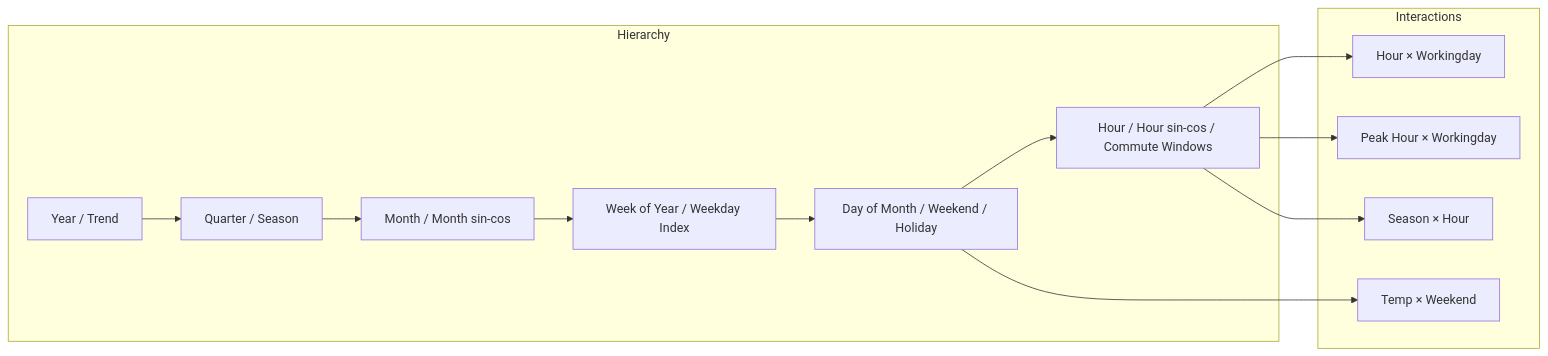
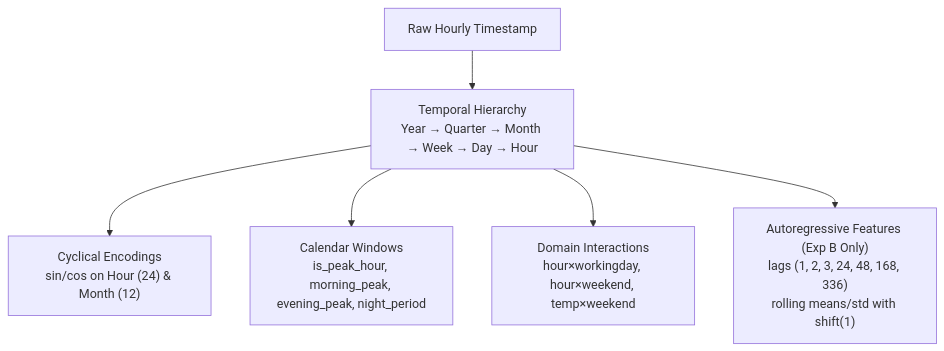
The fifth of 7 diagrams in README.md (aanshiomar31-oss/urban-bike-sharing), drawn with Mermaid before and after one commit. The commit also changed other lines of this file and 22 other files, not shown here.

````diff
--- a/README.md
+++ b/README.md
@@ -132,16 +303,8 @@
 ```mermaid
-flowchart LR
-    subgraph Hierarchy
-        Y[Year / Trend] --> Q[Quarter / Season]
-        Q --> M[Month / Month sin-cos]
-        M --> W[Week of Year / Weekday Index]
-        W --> D[Day of Month / Weekend / Holiday]
-        D --> H[Hour / Hour sin-cos / Commute Windows]
-    end
-    subgraph Interactions
-        H --> I1["Hour × Workingday"]
-        H --> I2["Peak Hour × Workingday"]
-        H --> I3["Season × Hour"]
-        D --> I4["Temp × Weekend"]
-    end
+graph TD
+    T["Raw Hourly Timestamp"] --> H["Temporal Hierarchy<br>Year → Quarter → Month → Week → Day → Hour"]
+    H --> C["Cyclical Encodings<br>sin/cos on Hour (24) & Month (12)"]
+    H --> W["Calendar Windows<br>is_peak_hour, morning_peak, evening_peak, night_period"]
+    H --> I["Domain Interactions<br>hour×workingday, hour×weekend, temp×weekend"]
+    H --> L["Autoregressive Features (Exp B Only)<br>lags (1, 2, 3, 24, 48, 168, 336)<br>rolling means/std with shift(1)"]
 ```
````
